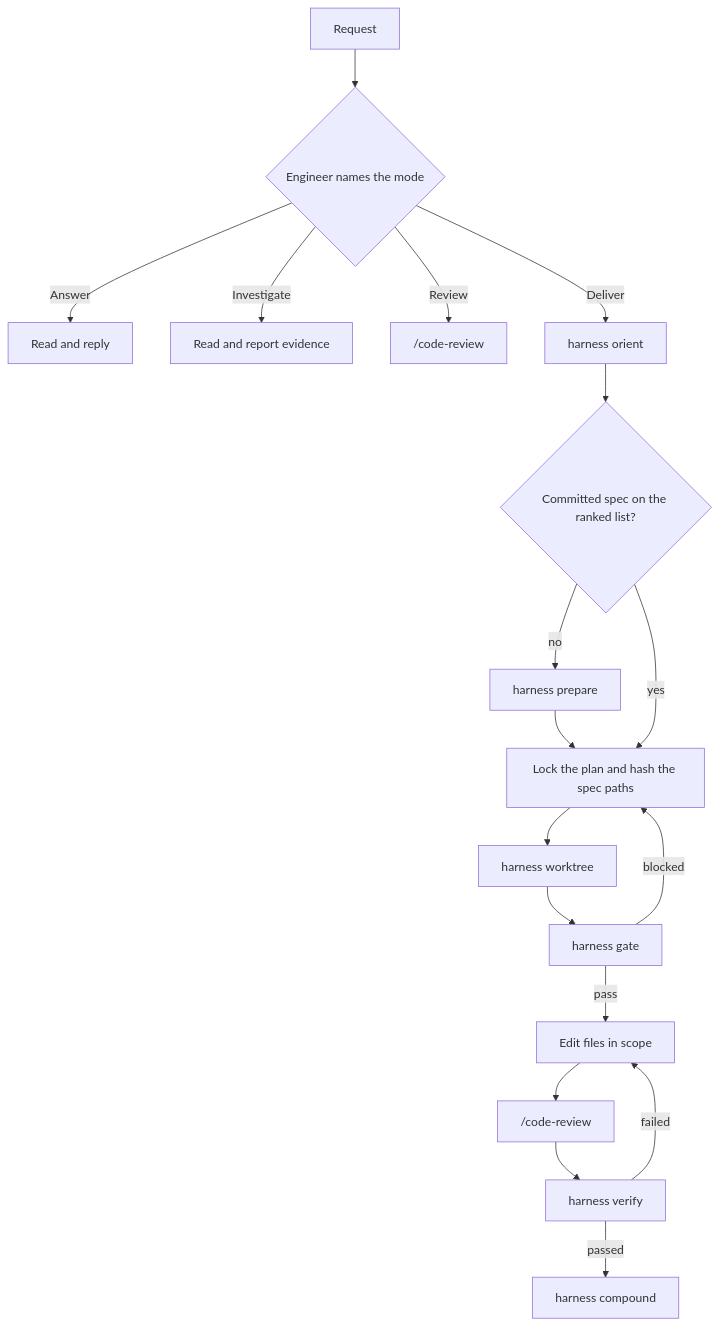
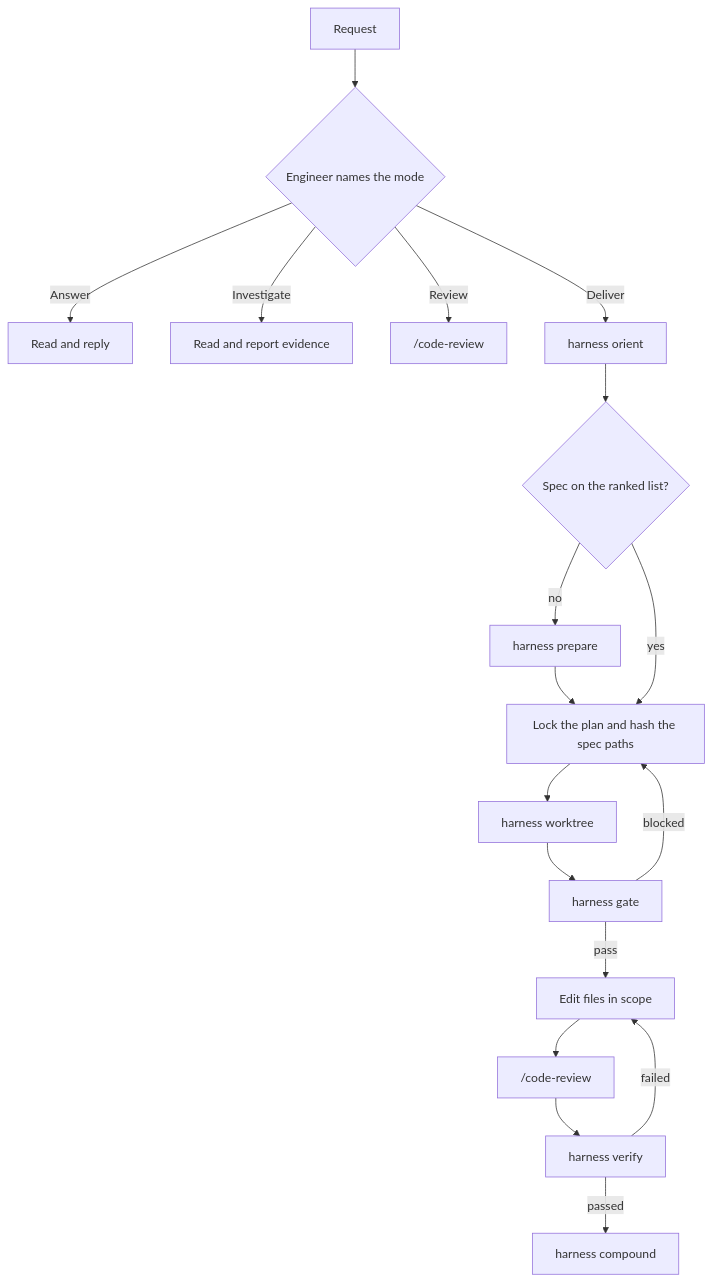
Before and after one commit to noodlemind/prompt-library: the first of 4 diagrams in docs/adaptive-engineering.md, drawn with Mermaid. The commit also changed other lines of this file and 1 other file, not shown here.

````diff
--- a/docs/adaptive-engineering.md
+++ b/docs/adaptive-engineering.md
@@ -60,20 +62,20 @@
 ```mermaid
 flowchart TD
   request[Request] --> classify{Engineer names the mode}
   classify -->|Answer| answer[Read and reply]
   classify -->|Investigate| investigate[Read and report evidence]
   classify -->|Review| review["/code-review"]
   classify -->|Deliver| orient[harness orient]
-  orient --> hasSpec{Committed spec on the ranked list?}
+  orient --> hasSpec{Spec on the ranked list?}
   hasSpec -->|no| prepare[harness prepare]
   prepare --> lock[Lock the plan and hash the spec paths]
   hasSpec -->|yes| lock
   lock --> worktree[harness worktree]
   worktree --> gate[harness gate]
   gate -->|blocked| lock
   gate -->|pass| edit[Edit files in scope]
   edit --> codeReview["/code-review"]
   codeReview --> verify[harness verify]
   verify -->|failed| edit
   verify -->|passed| compound[harness compound]
 ```
````
